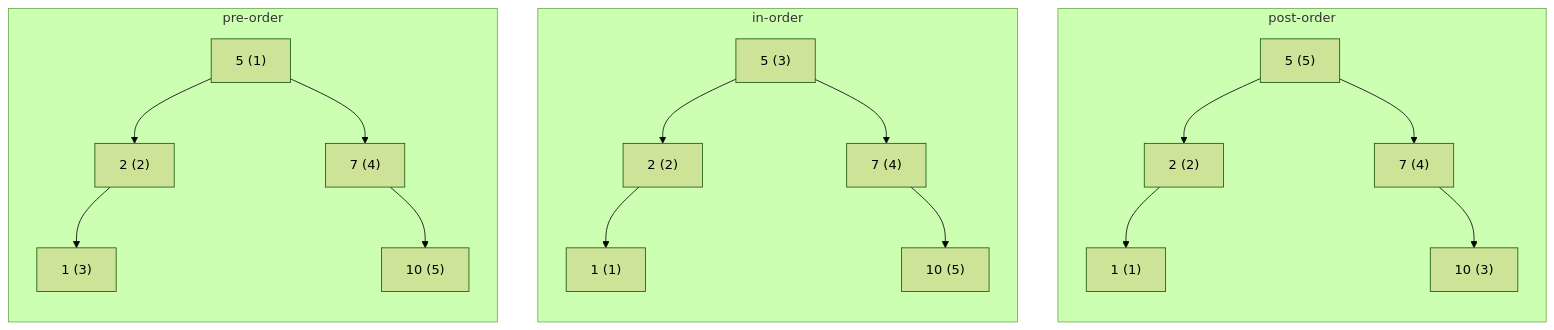
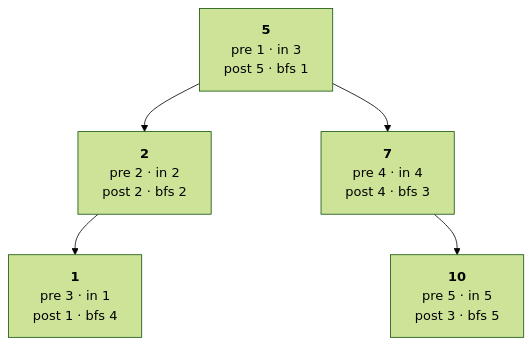
Before and after one commit to saumilthecode/h2-curly-pancakes: the fourth of 7 diagrams in notes/LT11b Binary Tree.md, drawn with Mermaid (forest theme). The commit also changed other lines of this file and 5 other files, not shown here.

````diff
--- a/notes/LT11b Binary Tree.md
+++ b/notes/LT11b Binary Tree.md
@@ -268,31 +223,10 @@
 ```mermaid
 flowchart TD
-  subgraph sPost["post-order"]
-    direction TD
-    o5["5 (5)"] --> o2["2 (2)"]
-    o5 --> o7["7 (4)"]
-    o2 --> o1["1 (1)"]
-    o2 ~~~ oz1:::hid
-    o7 ~~~ oz2:::hid
-    o7 --> o10["10 (3)"]
-  end
-  subgraph sIn["in-order"]
-    direction TD
-    i5["5 (3)"] --> i2["2 (2)"]
-    i5 --> i7["7 (4)"]
-    i2 --> i1["1 (1)"]
-    i2 ~~~ iz1:::hid
-    i7 ~~~ iz2:::hid
-    i7 --> i10["10 (5)"]
-  end
-  subgraph sPre["pre-order"]
-    direction TD
-    p5["5 (1)"] --> p2["2 (2)"]
-    p5 --> p7["7 (4)"]
-    p2 --> p1["1 (3)"]
-    p2 ~~~ pz1:::hid
-    p7 ~~~ pz2:::hid
-    p7 --> p10["10 (5)"]
-  end
+  n5["<b>5</b><br>pre 1 · in 3<br>post 5 · bfs 1"] --> n2["<b>2</b><br>pre 2 · in 2<br>post 2 · bfs 2"]
+  n5 --> n7["<b>7</b><br>pre 4 · in 4<br>post 4 · bfs 3"]
+  n2 --> n1["<b>1</b><br>pre 3 · in 1<br>post 1 · bfs 4"]
+  n2 ~~~ z1:::hid
+  n7 ~~~ z2:::hid
+  n7 --> n10["<b>10</b><br>pre 5 · in 5<br>post 3 · bfs 5"]
   classDef hid fill:none,stroke:none,color:transparent
 ```
````
